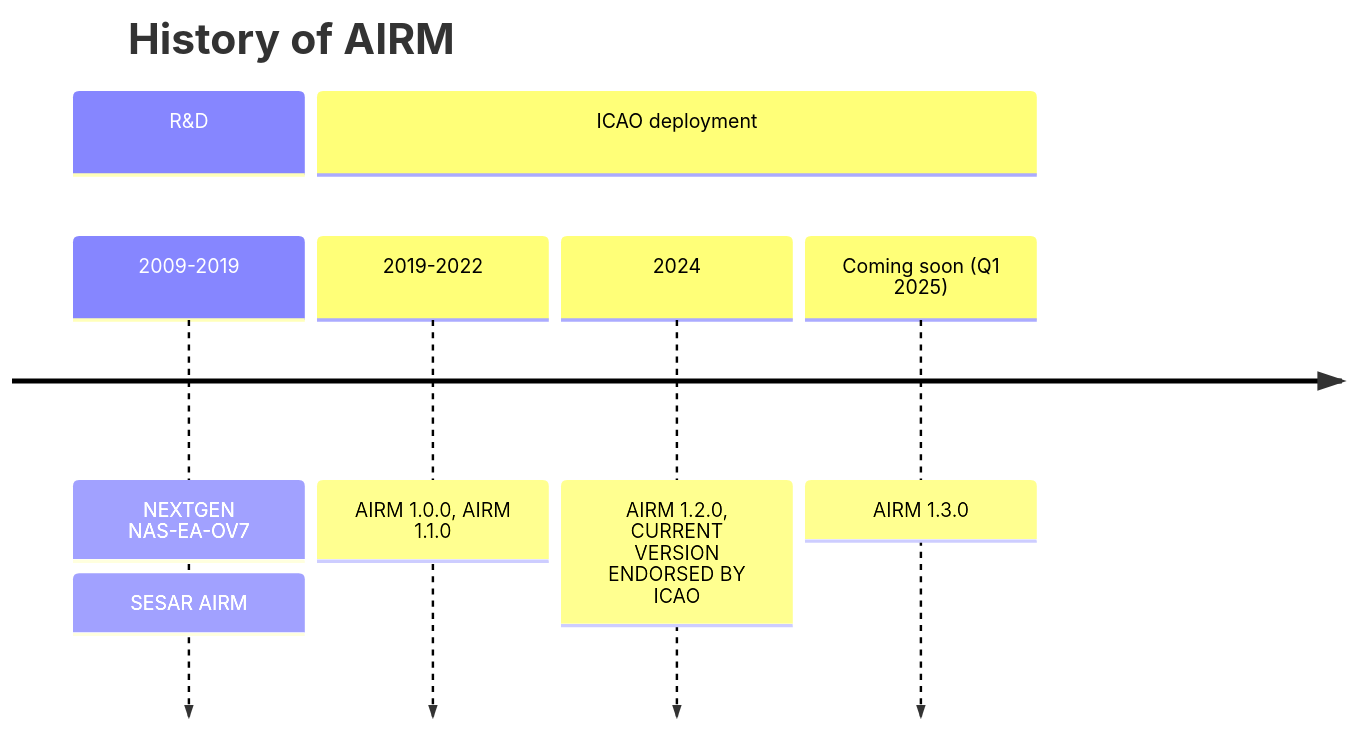
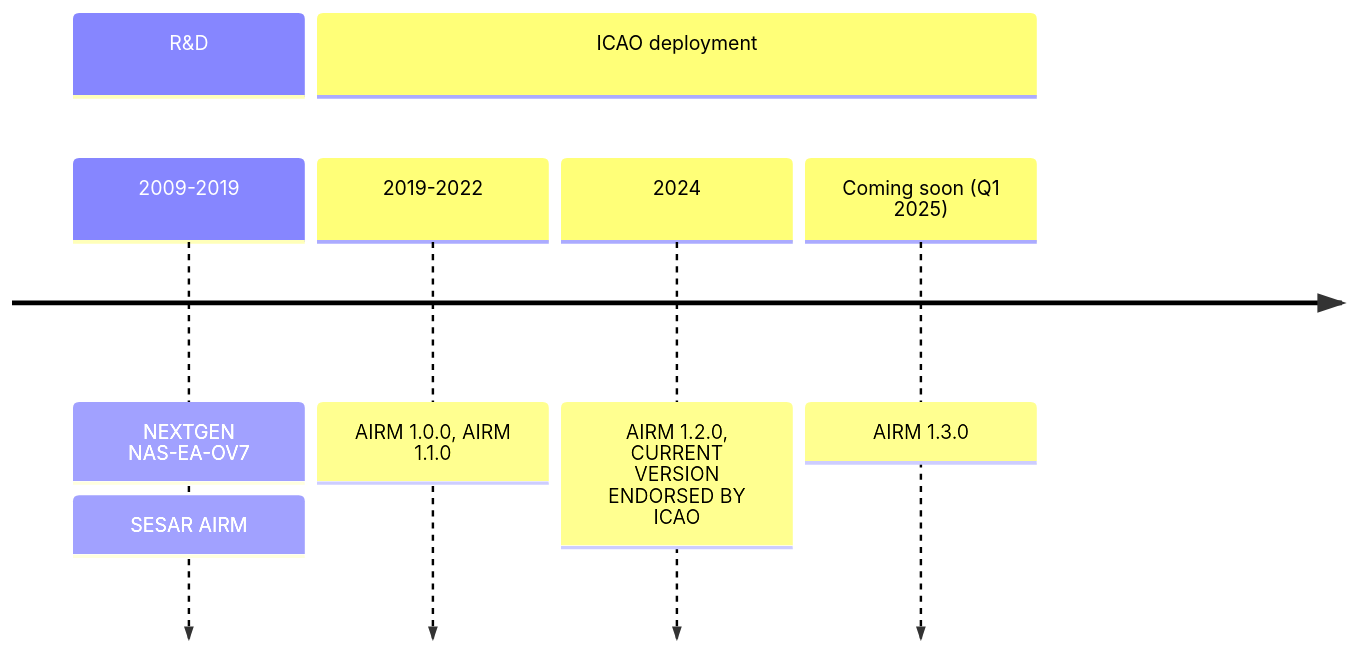
Before and after one commit to airm-ccb/airm-user-manual-1.3.0-testing: the second of 2 diagrams in docs/home.md, drawn with Mermaid. The commit also changed other lines of this file, not shown here.

````diff
--- a/docs/home.md
+++ b/docs/home.md
@@ -38,11 +40,10 @@
 ```mermaid
 timeline
-    title History of AIRM
     section  R&D
       2009-2019 : NEXTGEN NAS-EA-OV7
                 : SESAR AIRM
     section  ICAO deployment
       2019-2022 : AIRM 1.0.0, AIRM 1.1.0
       2024      : AIRM 1.2.0, CURRENT VERSION ENDORSED BY ICAO
       Coming soon (Q1 2025) : AIRM 1.3.0
 ```
````
